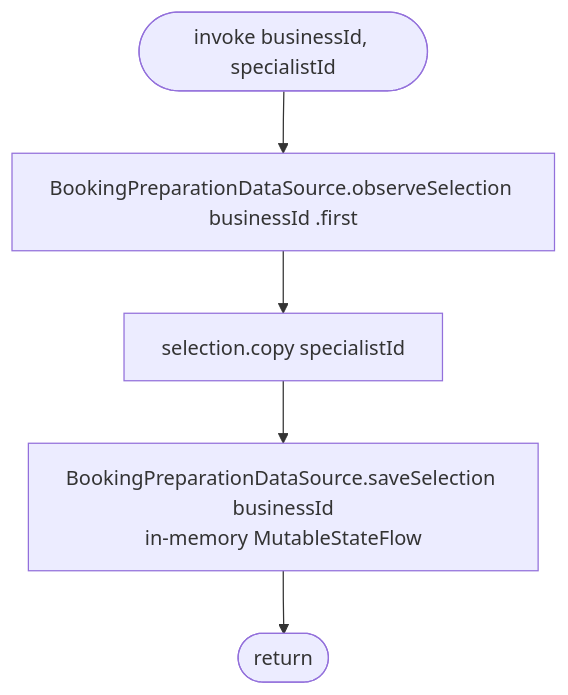
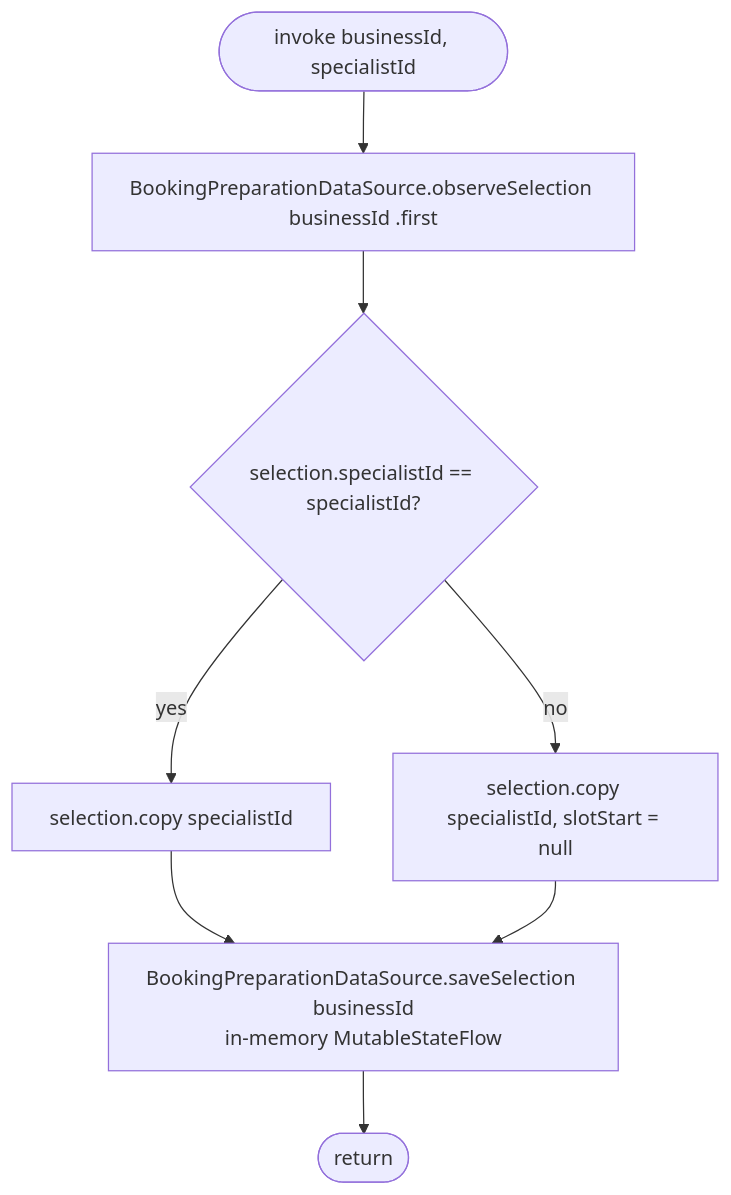
One commit to nocturneproperties/bookkme-client changed the diagram in docs/operations/booking/set-booking-specialist.md. Above: the diagram before and after it, drawn with Mermaid. The commit also changed other lines of this file and 28 other files, not shown here.

````diff
--- a/docs/operations/booking/set-booking-specialist.md
+++ b/docs/operations/booking/set-booking-specialist.md
@@ -13,7 +14,10 @@
 ```mermaid
 flowchart TD
     Start([invoke businessId, specialistId]) --> Read[BookingPreparationDataSource.observeSelection businessId .first]
-    Read --> Copy[selection.copy specialistId]
-    Copy --> Save[BookingPreparationDataSource.saveSelection businessId<br/>in-memory MutableStateFlow]
+    Read --> Same{selection.specialistId == specialistId?}
+    Same -- yes --> Keep[selection.copy specialistId]
+    Same -- no --> Forget[selection.copy specialistId, slotStart = null]
+    Keep --> Save
+    Forget --> Save[BookingPreparationDataSource.saveSelection businessId<br/>in-memory MutableStateFlow]
     Save --> Done([return])
 ```
````
